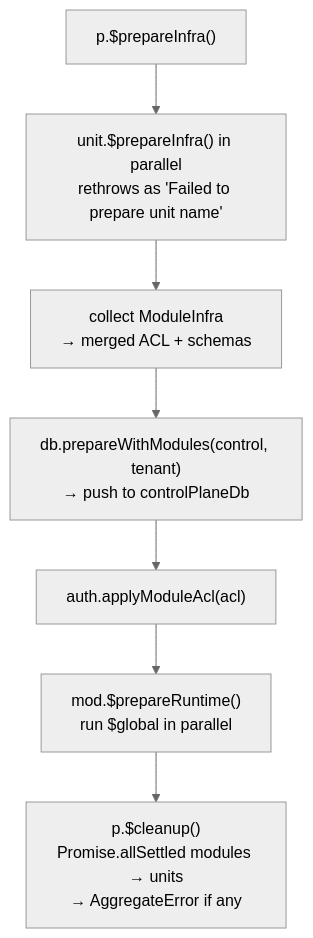
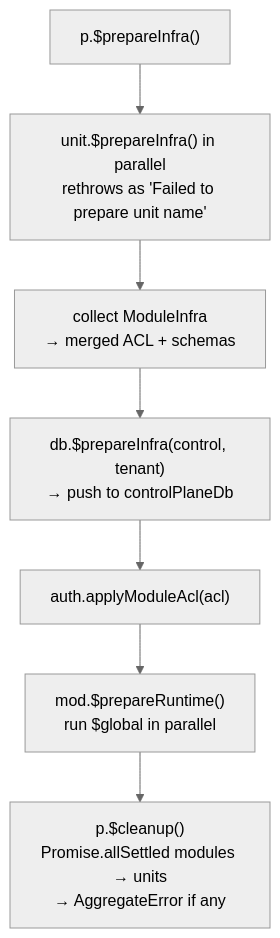
The second of 2 diagrams in packages/platform/docs/unit.mdx (AdityaBorkar/aspen-os), drawn with Mermaid (neutral theme) before and after one commit. The commit also changed 12 other files, not shown here.

````diff
--- a/packages/platform/docs/unit.mdx
+++ b/packages/platform/docs/unit.mdx
@@ -117,9 +117,9 @@
 ```mermaid
 flowchart TB
   Prep["p.$prepareInfra()"] --> UPrep["unit.$prepareInfra() in parallel\nrethrows as 'Failed to prepare unit name'"]
   UPrep --> Merge["collect ModuleInfra\n→ merged ACL + schemas"]
-  Merge --> Push["db.prepareWithModules(control, tenant)\n→ push to controlPlaneDb"]
+  Merge --> Push["db.$prepareInfra(control, tenant)\n→ push to controlPlaneDb"]
   Push --> ACL["auth.applyModuleAcl(acl)"]
   ACL --> Run["mod.$prepareRuntime()\nrun $global in parallel"]
   Run --> Cleanup["p.$cleanup()\nPromise.allSettled modules → units\n→ AggregateError if any"]
 ```
````
